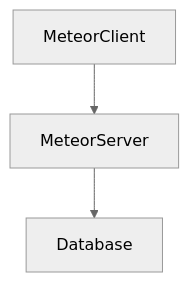
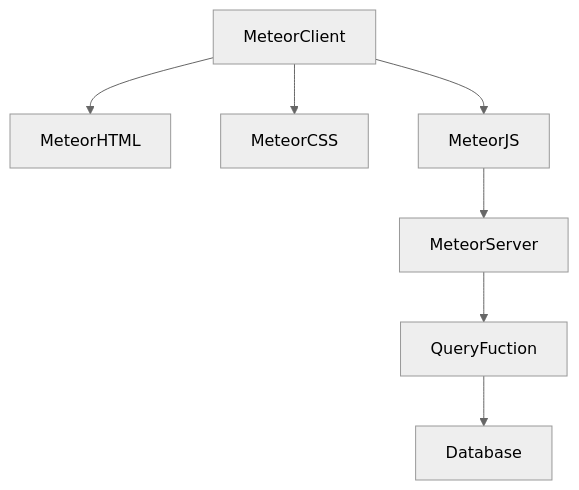
The diagram in README.md (Zbeyer/calvarychapelcasper2025), drawn with Mermaid (neutral theme) before and after one commit. The commit also changed other lines of this file, not shown here.

````diff
--- a/README.md
+++ b/README.md
@@ -58,6 +40,12 @@
 ```mermaid
 graph TD;
-MeteorServer-->Database;
-MeteorClient-->MeteorServer
+
+MeteorClient-->MeteorHTML;
+MeteorClient-->MeteorCSS;
+MeteorClient-->MeteorJS;
+MeteorJS-->MeteorServer;
+
+MeteorServer-->QueryFuction;
+QueryFuction-->Database;
 
 ```
````
